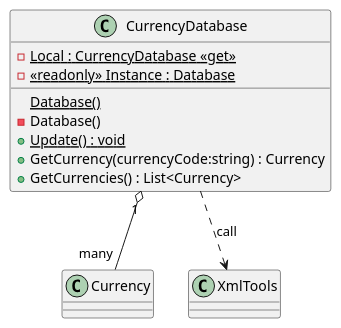
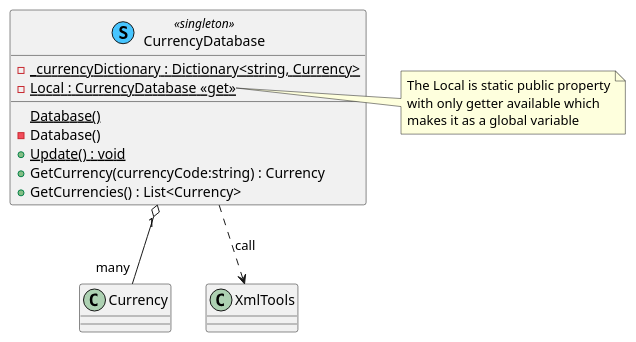
One commit to john-bartu/cut-oot changed the diagram in TM_Lab_1/UMLParts/CurrencyDatabase.puml. Above: the diagram before and after it, drawn with PlantUML. The commit also changed 2 other files, not shown here.

Commit message:
UML update

```diff
--- a/TM_Lab_1/UMLParts/CurrencyDatabase.puml
+++ b/TM_Lab_1/UMLParts/CurrencyDatabase.puml
@@ -1,15 +1,21 @@
 @startuml
-class CurrencyDatabase {
-'    - {static} _currencyDictionary : Dictionary<string, Currency>
+class CurrencyDatabase << (S,#47c5ff) singleton >> {
+'    - {static} <<readonly>> Instance : Database
+    - {static} _currencyDictionary : Dictionary<string, Currency>
     - {static} Local : CurrencyDatabase <<get>>
     {static} Database()
     - Database()
-    - {static} <<readonly>> Instance : Database
     + {static} Update() : void
     + GetCurrency(currencyCode:string) : Currency
     + GetCurrencies() : List<Currency>
 }
 
+note right of CurrencyDatabase::Local
+The Local is static public property
+with only getter available which
+makes it as a global variable
+end note 
+
 CurrencyDatabase "1" o-- "many" Currency 
 CurrencyDatabase ..> XmlTools : call
 @enduml
```
